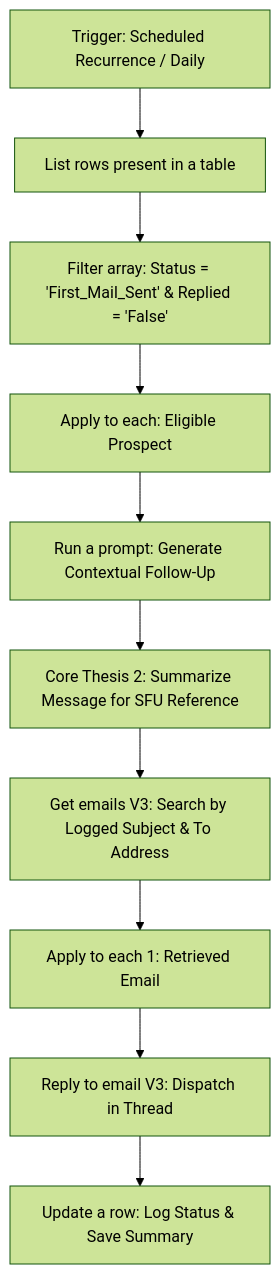
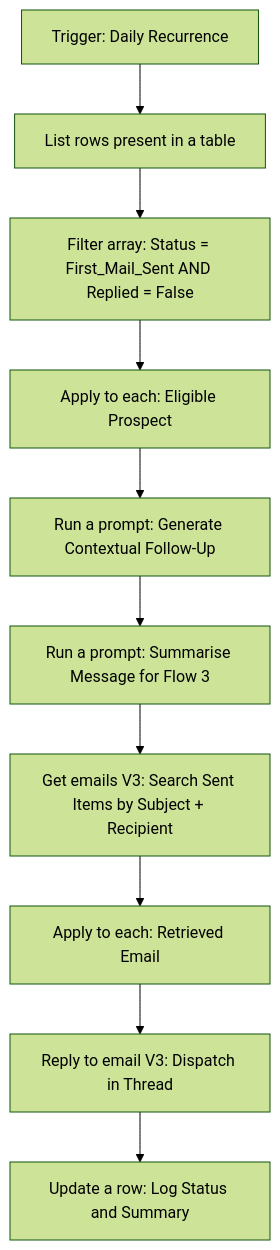
Before and after one commit to adilshasrehman-source/enterprise-sales-automation: the diagram in 02_First_Follow_Up_Threaded.md, drawn with Mermaid (forest theme). The commit also changed other lines of this file, not shown here.

````diff
--- a/02_First_Follow_Up_Threaded.md
+++ b/02_First_Follow_Up_Threaded.md
@@ -8,14 +11,14 @@
 ```mermaid
 graph TD
-    A[Trigger: Scheduled Recurrence / Daily] --> B[List rows present in a table]
-    B --> C[Filter array: Status = 'First_Mail_Sent' & Replied = 'False']
+    A[Trigger: Daily Recurrence] --> B[List rows present in a table]
+    B --> C[Filter array: Status = First_Mail_Sent AND Replied = False]
     C --> D[Apply to each: Eligible Prospect]
-    
+
     D --> E[Run a prompt: Generate Contextual Follow-Up]
-    E --> F[Core Thesis 2: Summarize Message for SFU Reference]
-    F --> G[Get emails V3: Search by Logged Subject & To Address]
-    
-    G --> H[Apply to each 1: Retrieved Email]
+    E --> F[Run a prompt: Summarise Message for Flow 3]
+    F --> G[Get emails V3: Search Sent Items by Subject + Recipient]
+
+    G --> H[Apply to each: Retrieved Email]
     H --> I[Reply to email V3: Dispatch in Thread]
-    I --> J[Update a row: Log Status & Save Summary]
+    I --> J[Update a row: Log Status and Summary]
 ```
````
